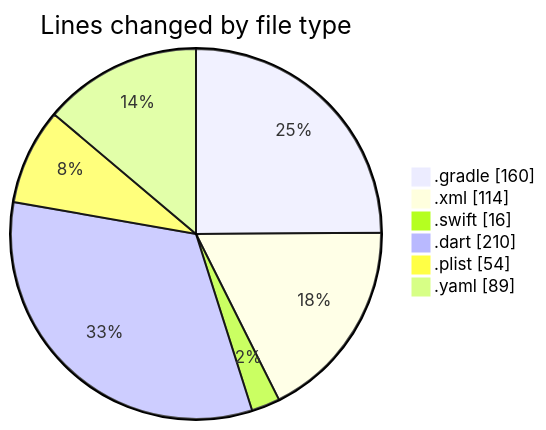
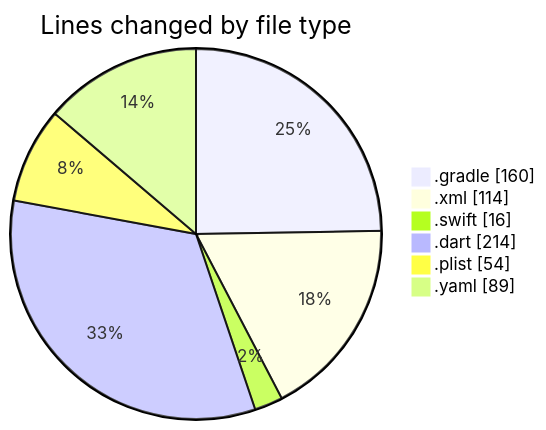
Before and after one commit to donsfak/code-tracking: the first of 2 diagrams in 2025-01-01/uber_clone/README.md, drawn with Mermaid. The commit also changed other lines of this file and 1 other file, not shown here.

````diff
--- a/2025-01-01/uber_clone/README.md
+++ b/2025-01-01/uber_clone/README.md
@@ -28,10 +28,10 @@
 ```mermaid
 pie showData
 title Lines changed by file type
 ".gradle" : 160
 ".xml" : 114
 ".swift" : 16
-".dart" : 210
+".dart" : 214
 ".plist" : 54
 ".yaml" : 89
 ```
````
